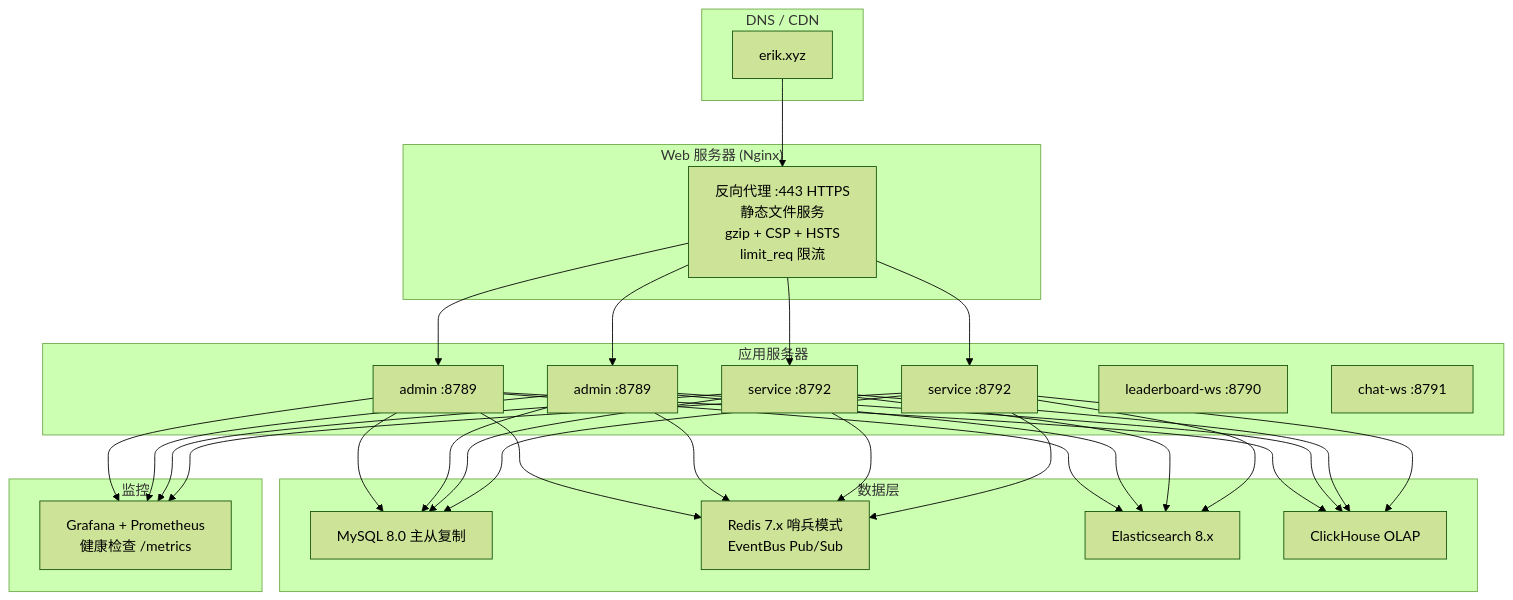
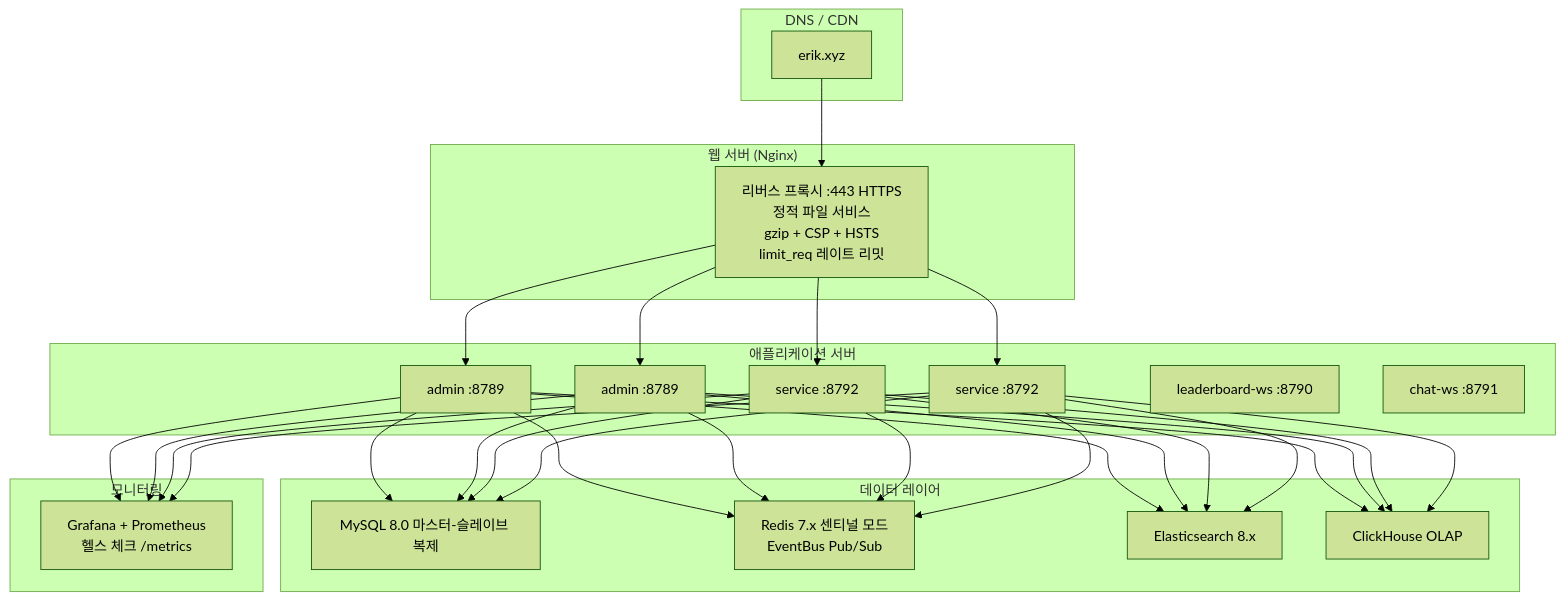
The second of 2 diagrams in docs/ARCHITECTURE.ko.md (erikwang2013/game-platform-php), drawn with Mermaid (forest theme) before and after one commit. The commit also changed other lines of this file and 211 other files, not shown here.

First line of the commit message:
fix: 支付配置读回类型根治、提现事件对账巡检，12 语族 mermaid 与 API 标签本地化

````diff
--- a/docs/ARCHITECTURE.ko.md
+++ b/docs/ARCHITECTURE.ko.md
@@ -337,35 +337,35 @@
 ```mermaid
 flowchart TB
     subgraph "DNS / CDN"
         DNS["erik.xyz"]
     end
 
-    subgraph "Web 服务器 (Nginx)"
-        NGX["反向代理 :443 HTTPS<br/>静态文件服务<br/>gzip + CSP + HSTS<br/>limit_req 限流"]
+    subgraph "웹 서버 (Nginx)"
+        NGX["리버스 프록시 :443 HTTPS<br/>정적 파일 서비스<br/>gzip + CSP + HSTS<br/>limit_req 레이트 리밋"]
     end
 
-    subgraph "应用服务器"
+    subgraph "애플리케이션 서버"
         ADM1["admin :8789"]
         ADM2["admin :8789"]
         SVC1["service :8792"]
         SVC2["service :8792"]
         WS1["leaderboard-ws :8790"]
         WS2["chat-ws :8791"]
     end
 
-    subgraph "数据层"
-        MYSQL["MySQL 8.0 主从复制"]
-        REDIS["Redis 7.x 哨兵模式<br/>EventBus Pub/Sub"]
+    subgraph "데이터 레이어"
+        MYSQL["MySQL 8.0 마스터-슬레이브 복제"]
+        REDIS["Redis 7.x 센티널 모드<br/>EventBus Pub/Sub"]
         ES["Elasticsearch 8.x"]
         CH["ClickHouse OLAP"]
     end
 
-    subgraph "监控"
-        MON["Grafana + Prometheus<br/>健康检查 /metrics"]
+    subgraph "모니터링"
+        MON["Grafana + Prometheus<br/>헬스 체크 /metrics"]
     end
 
     DNS --> NGX
     NGX --> ADM1 & ADM2 & SVC1 & SVC2
     ADM1 & ADM2 & SVC1 & SVC2 --> MYSQL & REDIS & ES & CH
     ADM1 & ADM2 & SVC1 & SVC2 --> MON
 ```
````
